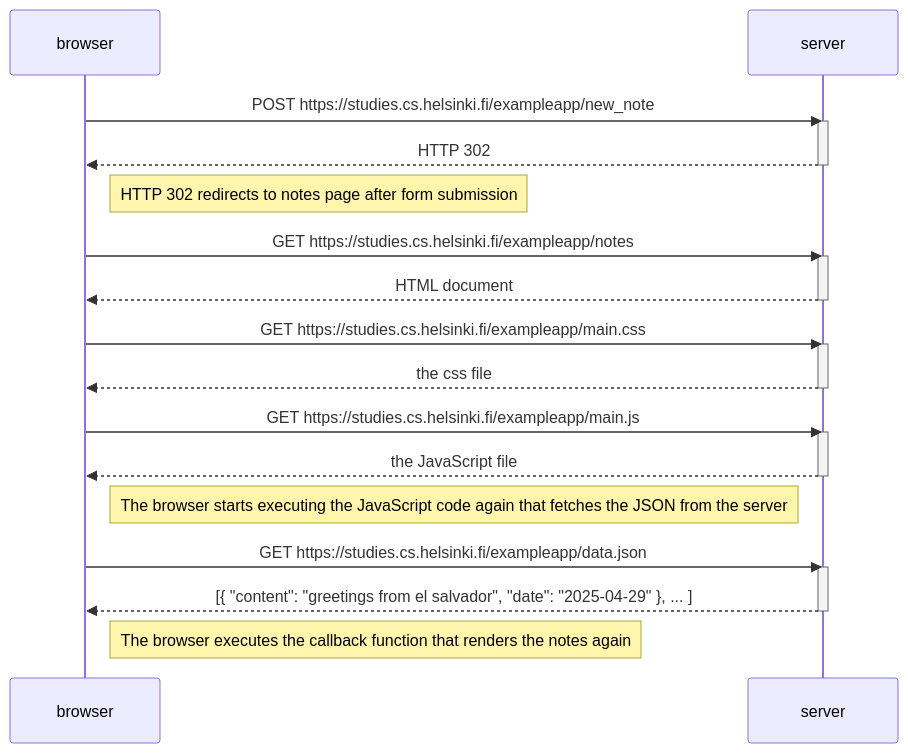
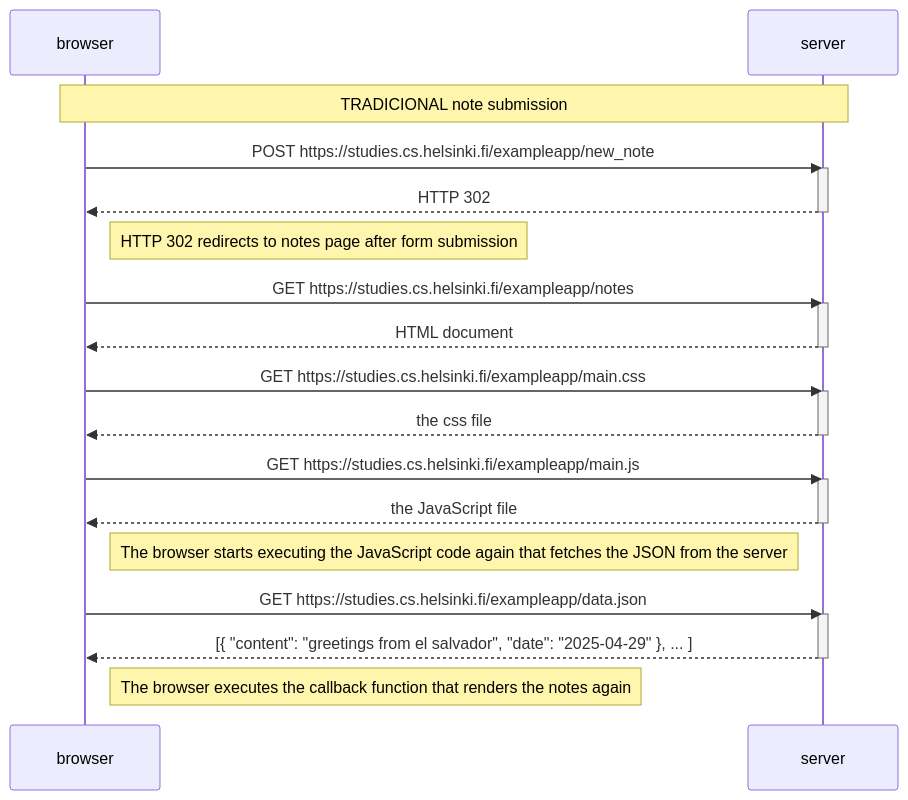
One commit to USER-003/full-stack-open changed the diagram in part0/new_note_diagram.md. Above: the diagram before and after it, drawn with Mermaid.

Commit message:
docs(mermaid): update tradicional new note diagram

````diff
--- a/part0/new_note_diagram.md
+++ b/part0/new_note_diagram.md
@@ -1,37 +1,39 @@
 ```mermaid:
 sequenceDiagram
 participant browser
 participant server
+
+    Note over browser,server: TRADICIONAL note submission
 
     browser->>server: POST https://studies.cs.helsinki.fi/exampleapp/new_note
     activate server
     server-->>browser: HTTP 302
     deactivate server
 
     Note right of browser: HTTP 302 redirects to notes page after form submission
 
     browser->>server: GET https://studies.cs.helsinki.fi/exampleapp/notes
     activate server
     server-->>browser: HTML document
     deactivate server
 
     browser->>server: GET https://studies.cs.helsinki.fi/exampleapp/main.css
     activate server
     server-->>browser: the css file
     deactivate server
 
     browser->>server: GET https://studies.cs.helsinki.fi/exampleapp/main.js
     activate server
     server-->>browser: the JavaScript file
     deactivate server
 
     Note right of browser: The browser starts executing the JavaScript code again that fetches the JSON from the server
 
     browser->>server: GET https://studies.cs.helsinki.fi/exampleapp/data.json
     activate server
     server-->>browser: [{ "content": "greetings from el salvador", "date": "2025-04-29" }, ... ]
     deactivate server
 
     Note right of browser: The browser executes the callback function that renders the notes again
 
 ```
````
